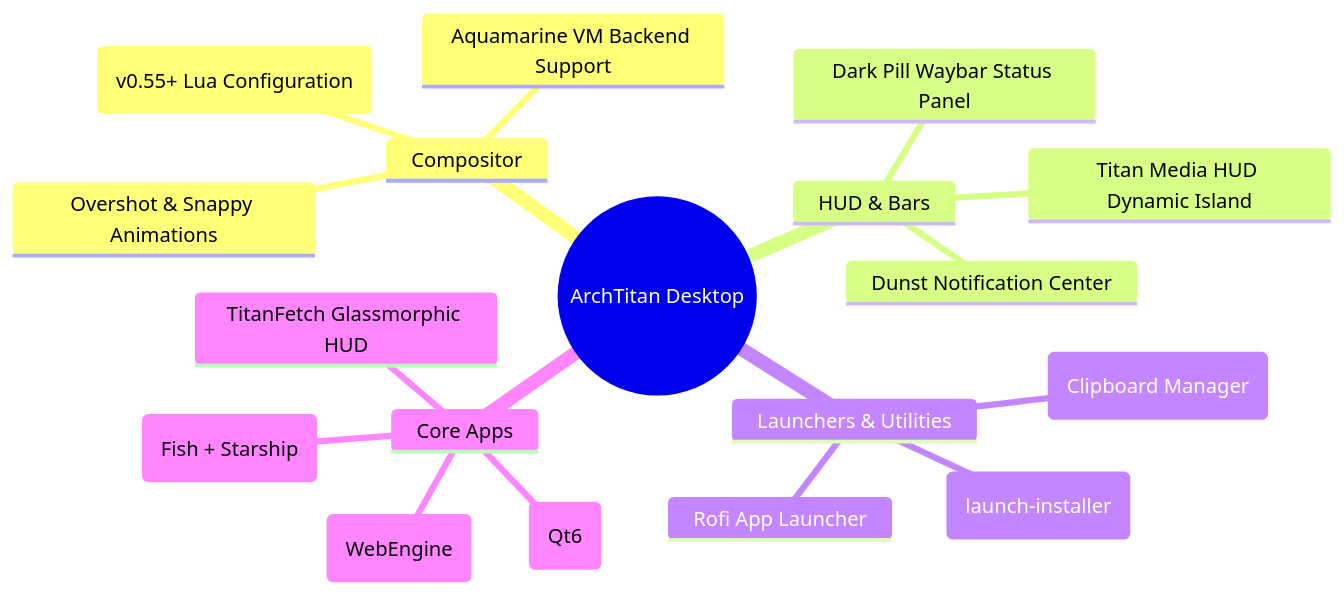
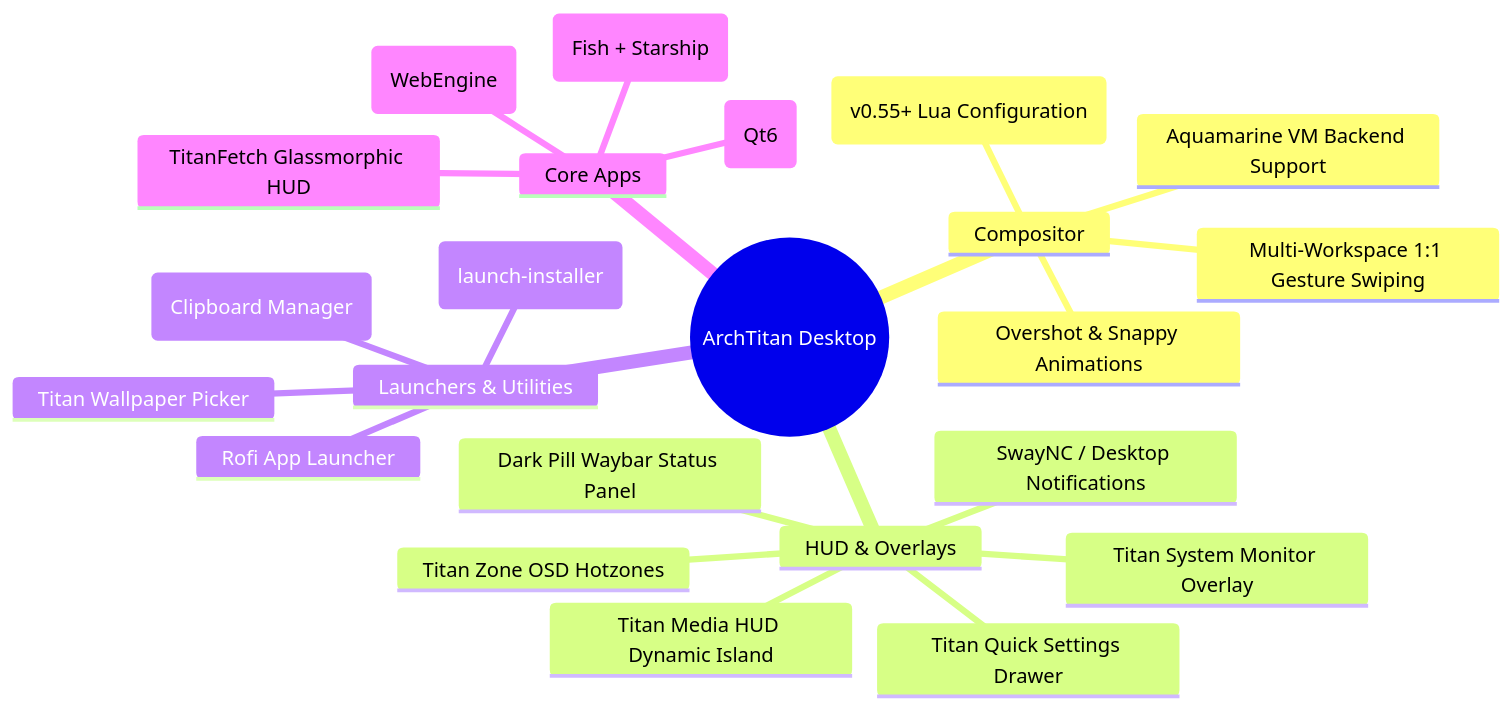
Before and after one commit to GitGuru29/ArchTitan-OS: the second of 3 diagrams in README.md, drawn with Mermaid. The commit also changed other lines of this file, not shown here.

Commit message:
docs(readme): document newly shipped subsystems, gestures, and hotzones

````diff
--- a/README.md
+++ b/README.md
@@ -163,21 +212,26 @@
 ```mermaid
 mindmap
   root((ArchTitan Desktop))
     Compositor
       Hyprland (v0.55+ Lua Configuration)
       Aquamarine VM Backend Support
       Overshot & Snappy Animations
-    HUD & Bars
+      Multi-Workspace 1:1 Gesture Swiping
+    HUD & Overlays
       Dark Pill Waybar Status Panel
       Titan Media HUD Dynamic Island
-      Dunst Notification Center
+      Titan Quick Settings Drawer
+      Titan System Monitor Overlay
+      Titan Zone OSD Hotzones
+      SwayNC / Desktop Notifications
     Launchers & Utilities
       Rofi App Launcher
+      Titan Wallpaper Picker
       Cliphist (Clipboard Manager)
       Calamares (launch-installer)
     Core Apps
       Kitty (Fish + Starship)
       Titan Browser (WebEngine)
       ArchTitan Settings (Qt6)
       TitanFetch Glassmorphic HUD
 ```
````
